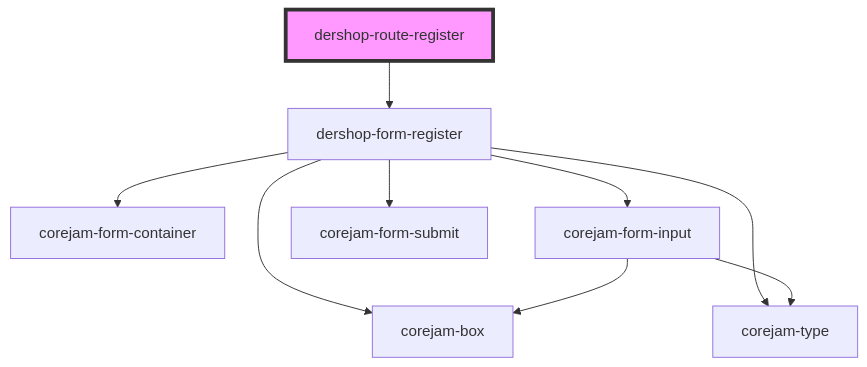
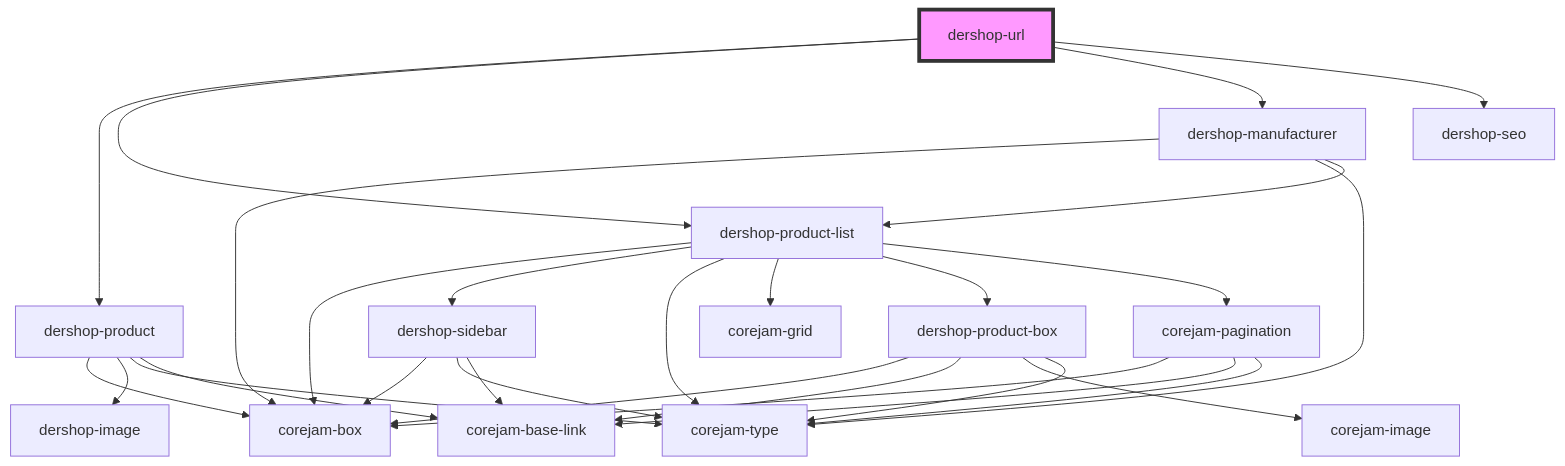
The diagram in packages/plugins/dershop/app/routes/readme.md (corejam/corejam), drawn with Mermaid before and after one commit. The commit also changed other lines of this file and 15 other files, not shown here.

````diff
--- a/packages/plugins/dershop/app/routes/readme.md
+++ b/packages/plugins/dershop/app/routes/readme.md
@@ -15,12 +25,31 @@
 ```mermaid
 graph TD;
-  dershop-route-register --> dershop-form-register
-  dershop-form-register --> corejam-box
-  dershop-form-register --> corejam-type
-  dershop-form-register --> corejam-form-container
-  dershop-form-register --> corejam-form-input
-  dershop-form-register --> corejam-form-submit
-  corejam-form-input --> corejam-box
-  corejam-form-input --> corejam-type
-  style dershop-route-register fill:#f9f,stroke:#333,stroke-width:4px
+  dershop-url --> dershop-product
+  dershop-url --> dershop-product-list
+  dershop-url --> dershop-manufacturer
+  dershop-url --> dershop-seo
+  dershop-product --> corejam-box
+  dershop-product --> dershop-image
+  dershop-product --> corejam-type
+  dershop-product --> corejam-base-link
+  dershop-product-list --> corejam-box
+  dershop-product-list --> dershop-sidebar
+  dershop-product-list --> corejam-type
+  dershop-product-list --> corejam-grid
+  dershop-product-list --> dershop-product-box
+  dershop-product-list --> corejam-pagination
+  dershop-sidebar --> corejam-box
+  dershop-sidebar --> corejam-type
+  dershop-sidebar --> corejam-base-link
+  dershop-product-box --> corejam-box
+  dershop-product-box --> corejam-base-link
+  dershop-product-box --> corejam-image
+  dershop-product-box --> corejam-type
+  corejam-pagination --> corejam-box
+  corejam-pagination --> corejam-base-link
+  corejam-pagination --> corejam-type
+  dershop-manufacturer --> corejam-box
+  dershop-manufacturer --> corejam-type
+  dershop-manufacturer --> dershop-product-list
+  style dershop-url fill:#f9f,stroke:#333,stroke-width:4px
 ```
````
